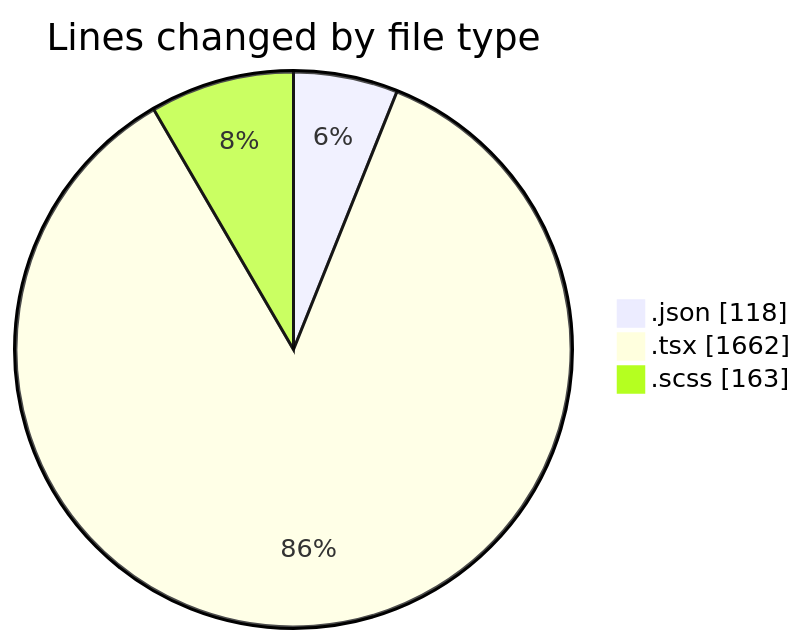
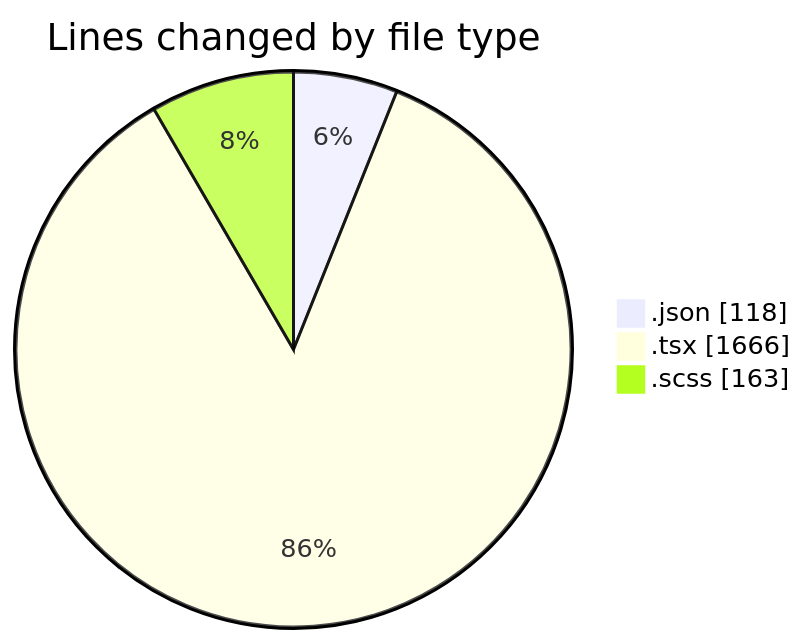
Before and after one commit to momahboobian/code-tracking: the first of 2 diagrams in 2025-11-19/cda/README.md, drawn with Mermaid. The commit also changed other lines of this file and 1 other file, not shown here.

````diff
--- a/2025-11-19/cda/README.md
+++ b/2025-11-19/cda/README.md
@@ -22,7 +22,7 @@
 ```mermaid
 pie showData
 title Lines changed by file type
 ".json" : 118
-".tsx" : 1662
+".tsx" : 1666
 ".scss" : 163
 ```
````
